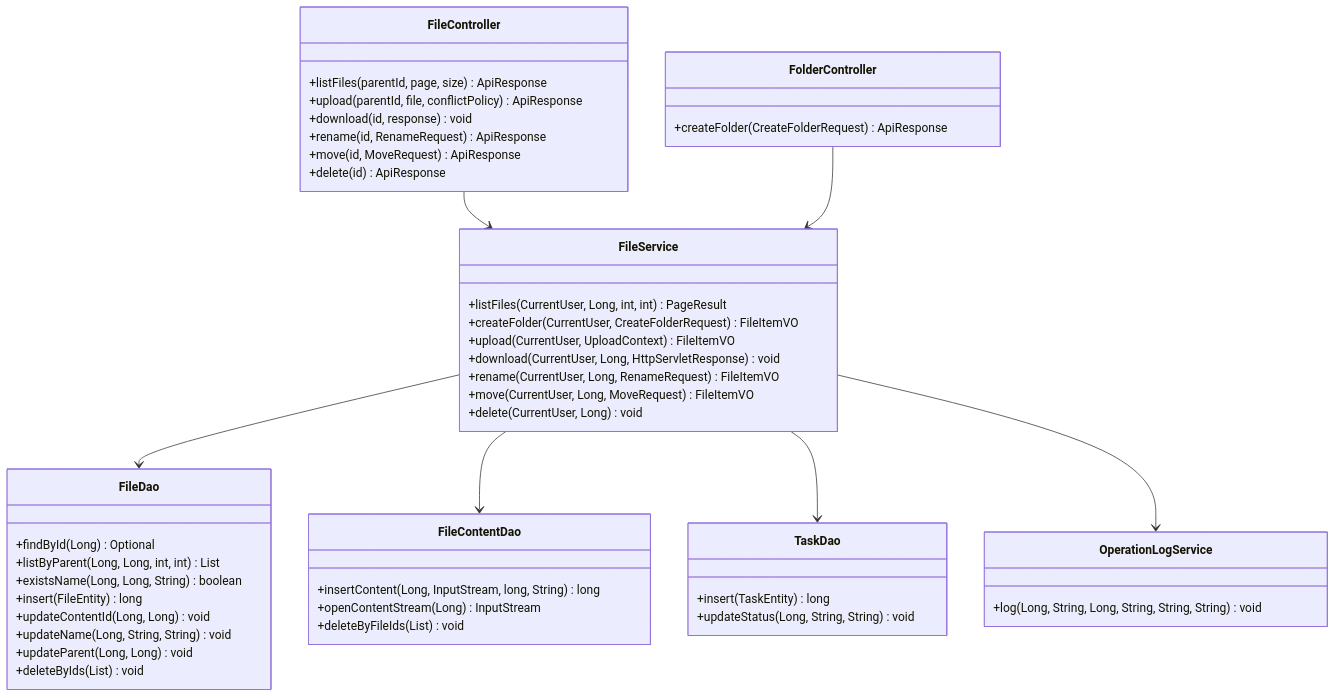
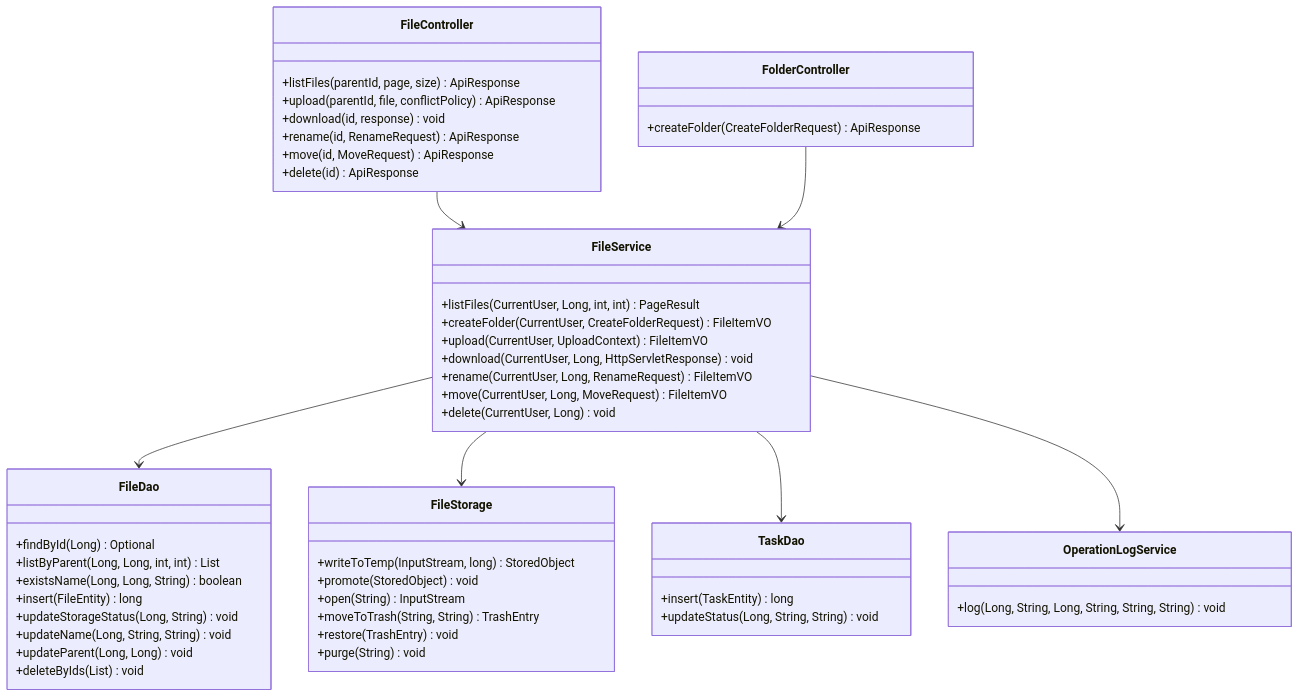
Before and after one commit to CNGM222/mycloud: diagram 13 of 35 in 详细设计-流程图与类图.md, drawn with Mermaid. The commit also changed other lines of this file and 56 other files, not shown here.

````diff
--- a/详细设计-流程图与类图.md
+++ b/详细设计-流程图与类图.md
@@ -293,58 +309,61 @@
 ```mermaid
 classDiagram
     class FileController {
         +listFiles(parentId, page, size) ApiResponse
         +upload(parentId, file, conflictPolicy) ApiResponse
         +download(id, response) void
         +rename(id, RenameRequest) ApiResponse
         +move(id, MoveRequest) ApiResponse
         +delete(id) ApiResponse
     }
 
     class FolderController {
         +createFolder(CreateFolderRequest) ApiResponse
     }
 
     class FileService {
         +listFiles(CurrentUser, Long, int, int) PageResult
         +createFolder(CurrentUser, CreateFolderRequest) FileItemVO
         +upload(CurrentUser, UploadContext) FileItemVO
         +download(CurrentUser, Long, HttpServletResponse) void
         +rename(CurrentUser, Long, RenameRequest) FileItemVO
         +move(CurrentUser, Long, MoveRequest) FileItemVO
         +delete(CurrentUser, Long) void
     }
 
     class FileDao {
         +findById(Long) Optional
         +listByParent(Long, Long, int, int) List
         +existsName(Long, Long, String) boolean
         +insert(FileEntity) long
-        +updateContentId(Long, Long) void
+        +updateStorageStatus(Long, String) void
         +updateName(Long, String, String) void
         +updateParent(Long, Long) void
         +deleteByIds(List) void
     }
 
-    class FileContentDao {
-        +insertContent(Long, InputStream, long, String) long
-        +openContentStream(Long) InputStream
-        +deleteByFileIds(List) void
+    class FileStorage {
+        +writeToTemp(InputStream, long) StoredObject
+        +promote(StoredObject) void
+        +open(String) InputStream
+        +moveToTrash(String, String) TrashEntry
+        +restore(TrashEntry) void
+        +purge(String) void
     }
 
     class TaskDao {
         +insert(TaskEntity) long
         +updateStatus(Long, String, String) void
     }
 
     class OperationLogService {
         +log(Long, String, Long, String, String, String) void
     }
 
     FileController --> FileService
     FolderController --> FileService
     FileService --> FileDao
-    FileService --> FileContentDao
+    FileService --> FileStorage
     FileService --> TaskDao
     FileService --> OperationLogService
 ```
````
